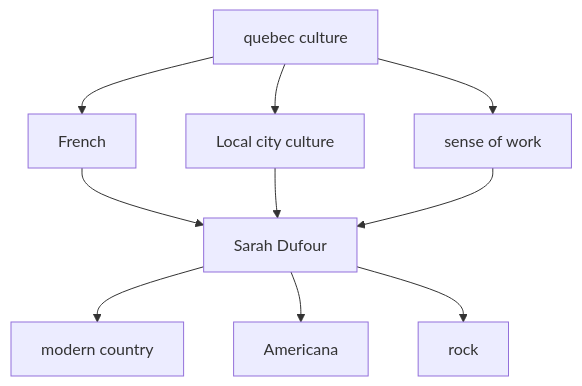
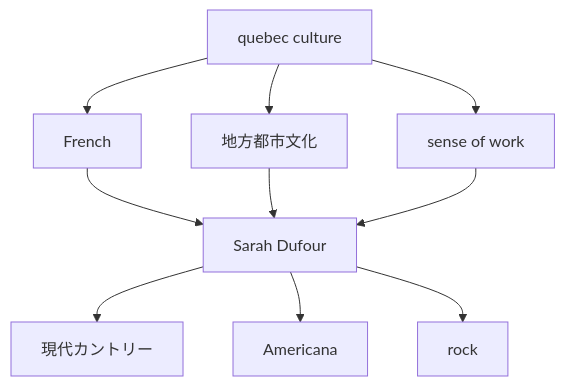
One commit to monumental-movement/monumental-movement.github.io changed the first of 9 diagrams in en/_posts/2026-05-09-column-sarah-dufour.md. Above: the diagram before and after it, drawn with Mermaid. The commit also changed other lines of this file and 1012 other files, not shown here.

```diff
--- a/en/_posts/2026-05-09-column-sarah-dufour.md
+++ b/en/_posts/2026-05-09-column-sarah-dufour.md
@@ -54,14 +54,14 @@
 <div class="mermaid">
 graph TD
 A[quebec culture] --> B[French]
-A --> C[Local city culture]
+A --> C[地方都市文化]
 A --> D[sense of work]
 
 B --> E[Sarah Dufour]
 C --> E
 D --> E
 
-E --> F[modern country]
+E --> F[現代カントリー]
 E --> G[Americana]
 E --> H[rock]
 </div>
```
